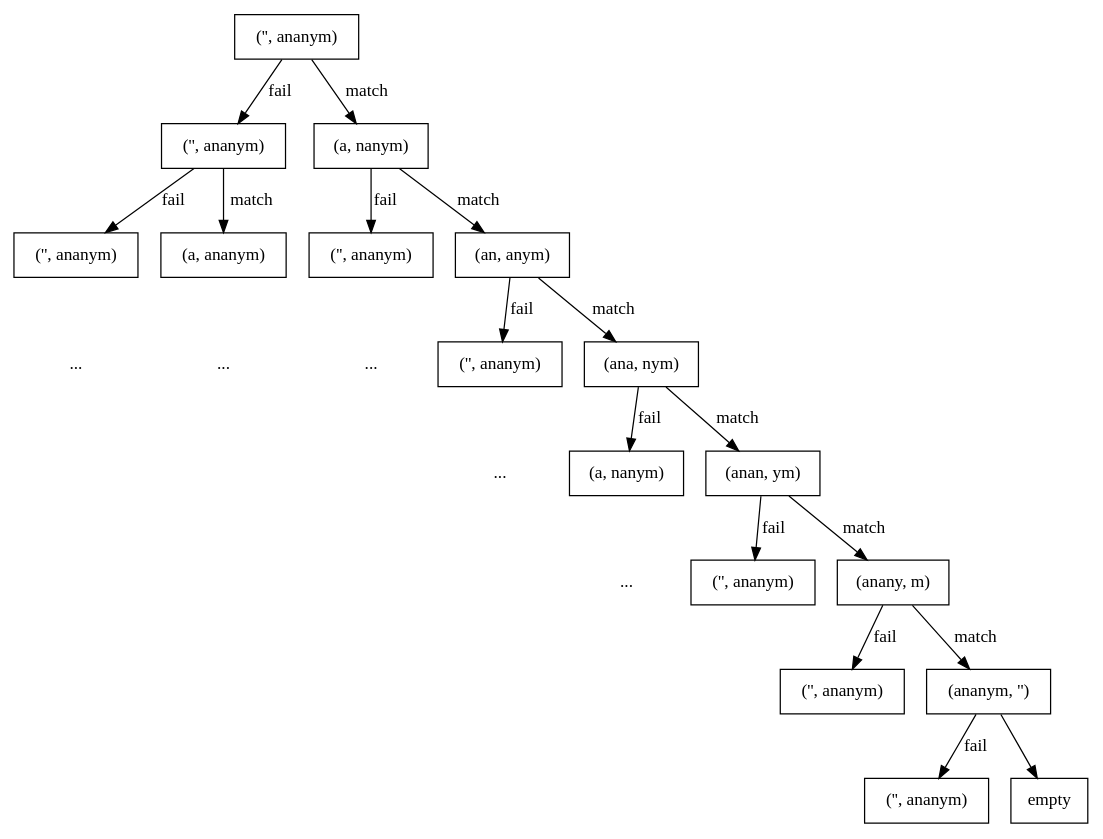
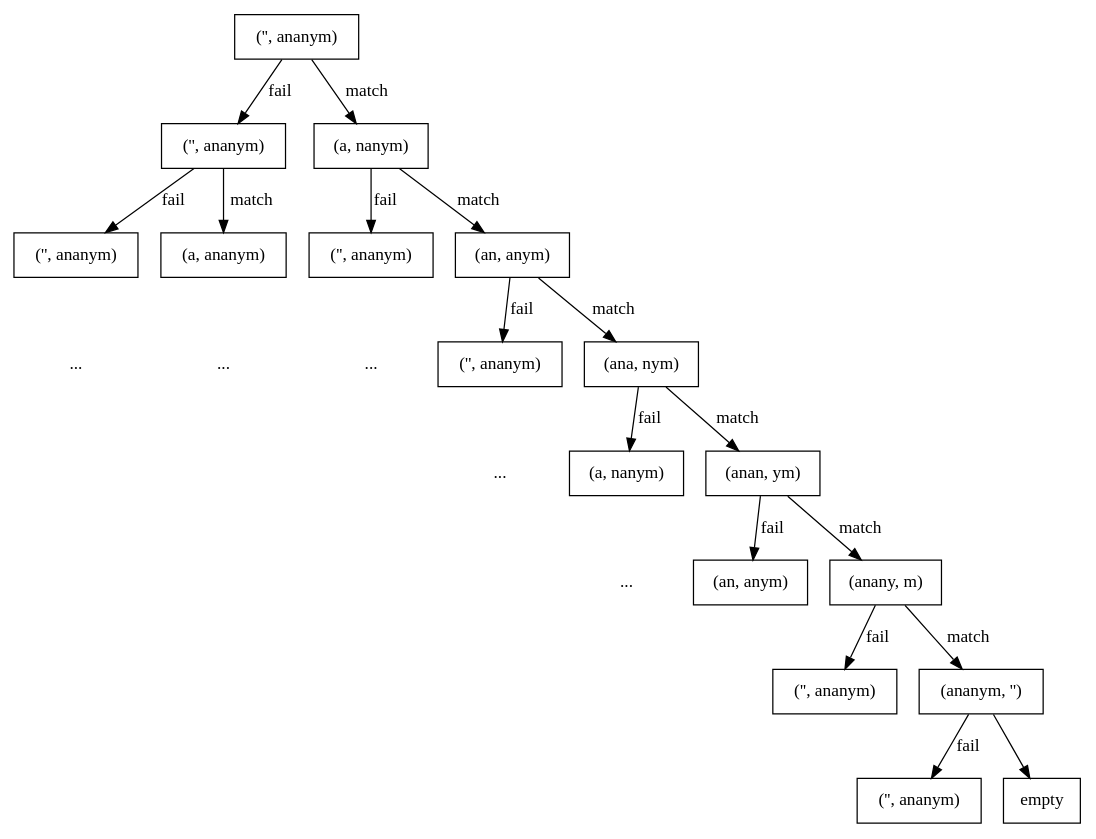
One commit to liuxinyu95/AlgoXY changed the diagram in search/img/fallback-tr.dot. Above: the diagram before and after it, drawn with Graphviz. The commit also changed 3 other files, not shown here.

Commit message:
Added figure to illustrate FP KMP algorithm

```diff
--- a/search/img/fallback-tr.dot
+++ b/search/img/fallback-tr.dot
@@ -1,47 +1,47 @@
 digraph G{
 	node[shape=record]
     s[label="('', ananym)"];
     sl[label="('', ananym)"];
     sr[label="(a, nanym)"];
     s->sl[label="fail"];
     s->sr[label="match"];
     sll[label="('', ananym)"];
     slr[label="(a, ananym)"];
     sl->sll[label="fail"];
     sl->slr[label="match"];
     srl[label="('', ananym)"];
     srr[label="(an, anym)"];
     sr->srl[label="fail"];
     sr->srr[label="match"];
     slldot[label="...", shape=plaintext];
     sll->slldot[style=invis];
     slrdot[label="...", shape=plaintext];
     slr->slrdot[style=invis];
     srldot[label="...", shape=plaintext];
     srl->srldot[style=invis];
     srrl[label="('', ananym)"];
     srrr[label="(ana, nym)"];
     srr->srrl[label="fail"];
     srr->srrr[label="match"];
     srrldot[label="...", shape=plaintext];
     srrl->srrldot[style=invis];
     srrrl[label="(a, nanym)"];
     srrrr[label="(anan, ym)"];
     srrr->srrrl[label="fail"];
     srrr->srrrr[label="match"];
     srrrldot[label="...", shape=plaintext];
     srrrl->srrrldot[style=invis];
-    s4rl[label="('', ananym)"];
+    s4rl[label="(an, anym)"];
     s5r[label="(anany, m)"];
     srrrr->s4rl[label="fail"];
     srrrr->s5r[label="match"];
     s5rl[label="('', ananym)"];
     s6r[label="(ananym, '')"];
     s6rl[label="('', ananym)"];
     s5r->s5rl[label="fail"];
     s5r->s6r[label="match"];
     s6rl[label="('', ananym)"];
     s7r[label="empty"];
     s6r->s6rl[label="fail"];
     s6r->s7r;
 }
```
